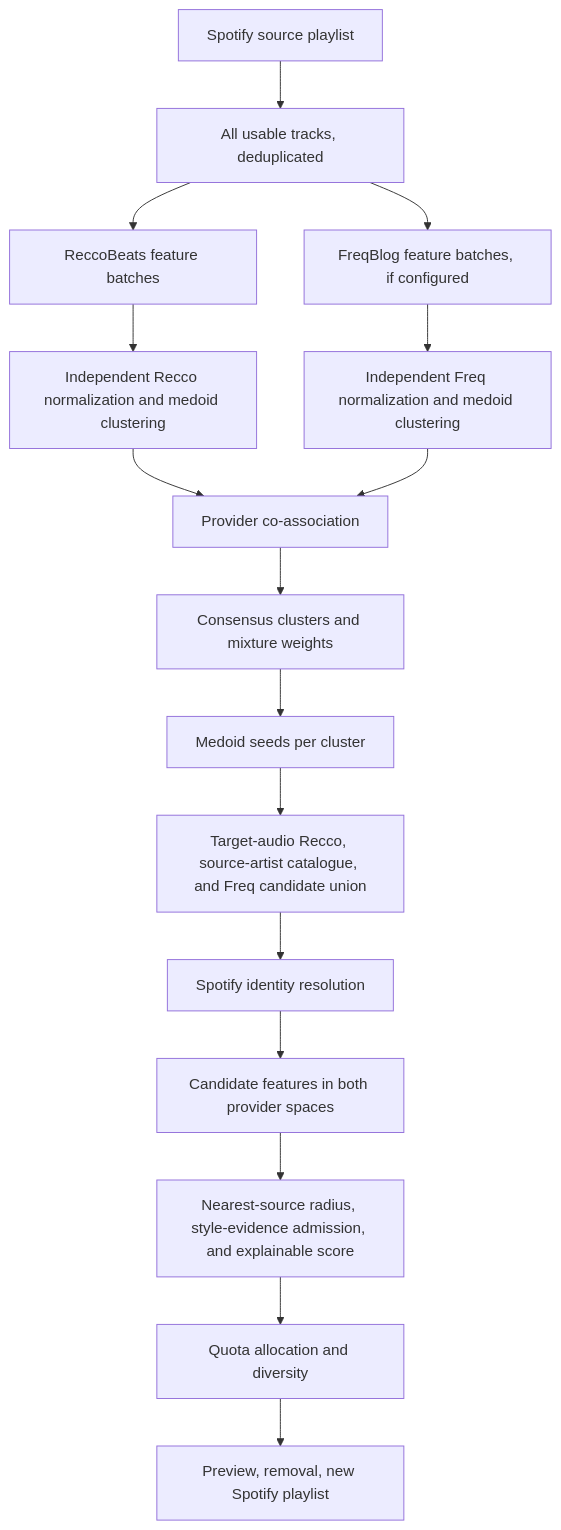
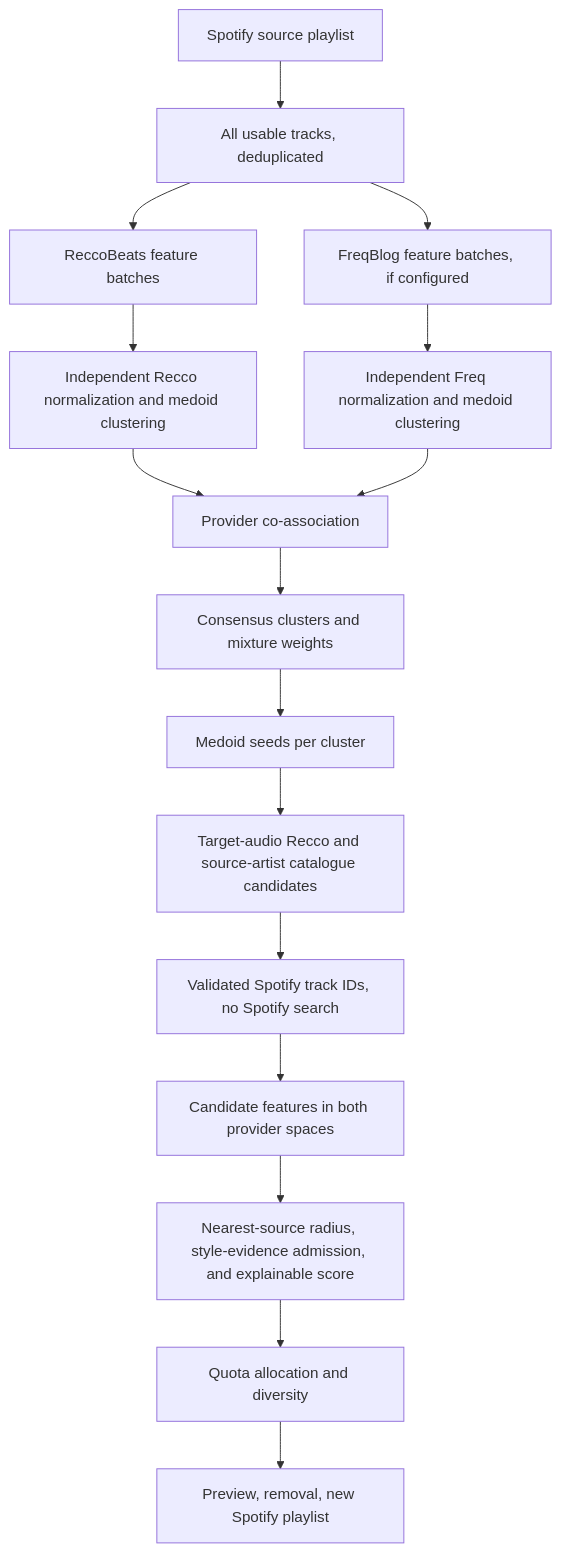
One commit to andaykhvc/Spotify-Similar-Playlist-Generator- changed the diagram in docs/recommendation-engine.md. Above: the diagram before and after it, drawn with Mermaid. The commit also changed other lines of this file and 7 other files, not shown here.

````diff
--- a/docs/recommendation-engine.md
+++ b/docs/recommendation-engine.md
@@ -5,18 +5,18 @@
 ```mermaid
 flowchart TD
   A[Spotify source playlist] --> B[All usable tracks, deduplicated]
   B --> C[ReccoBeats feature batches]
   B --> D[FreqBlog feature batches, if configured]
   C --> E[Independent Recco normalization and medoid clustering]
   D --> F[Independent Freq normalization and medoid clustering]
   E --> G[Provider co-association]
   F --> G
   G --> H[Consensus clusters and mixture weights]
   H --> I[Medoid seeds per cluster]
-  I --> J[Target-audio Recco, source-artist catalogue, and Freq candidate union]
-  J --> K[Spotify identity resolution]
+  I --> J[Target-audio Recco and source-artist catalogue candidates]
+  J --> K[Validated Spotify track IDs, no Spotify search]
   K --> L[Candidate features in both provider spaces]
   L --> M[Nearest-source radius, style-evidence admission, and explainable score]
   M --> N[Quota allocation and diversity]
   N --> O[Preview, removal, new Spotify playlist]
 ```
````
